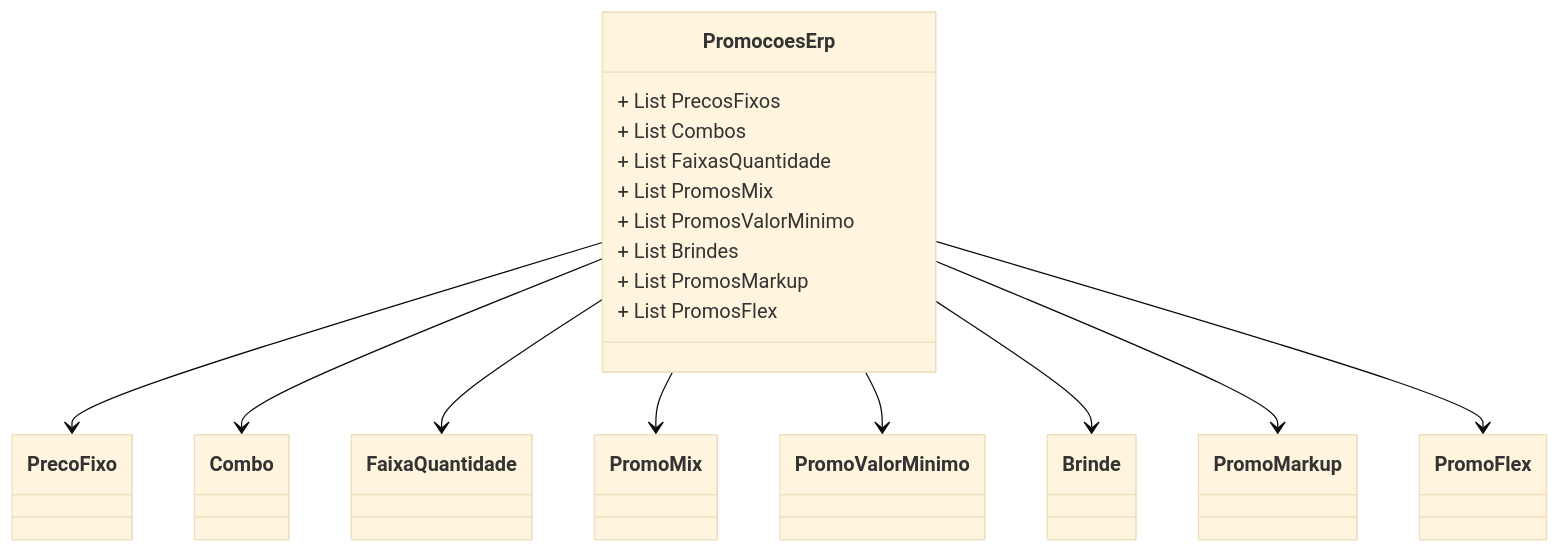
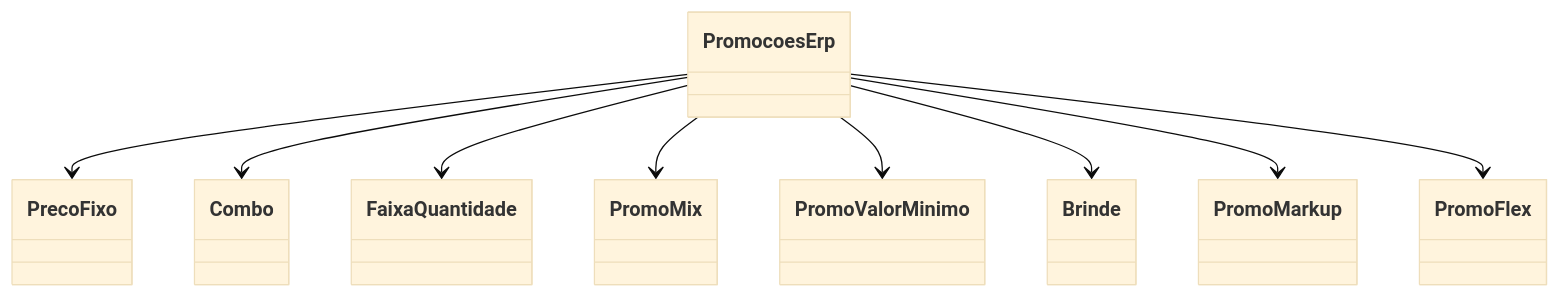
Before and after one commit to IsthmusSistemas/documentacao-tecnica: the diagram in docs/b2b-dominio/IsthmusWinthor.Nucleo/IsthmusWinthor.Dominio/POCO/Precos/PromocoesErp.md, drawn with Mermaid (base theme). The commit also changed other lines of this file and 882 other files, not shown here.

````diff
--- a/docs/b2b-dominio/IsthmusWinthor.Nucleo/IsthmusWinthor.Dominio/POCO/Precos/PromocoesErp.md
+++ b/docs/b2b-dominio/IsthmusWinthor.Nucleo/IsthmusWinthor.Dominio/POCO/Precos/PromocoesErp.md
@@ -40,21 +28,30 @@
 ```mermaid
 classDiagram
     class PromocoesErp {
-        + List<PrecoFixo> PrecosFixos
-        + List<Combo> Combos
-        + List<FaixaQuantidade> FaixasQuantidade
-        + List<PromoMix> PromosMix
-        + List<PromoValorMinimo> PromosValorMinimo
-        + List<Brinde> Brindes
-        + List<PromoMarkup> PromosMarkup
-        + List<PromoFlex> PromosFlex
     }
+    class PrecoFixo {
+    }
+    class Combo {
+    }
+    class FaixaQuantidade {
+    }
+    class PromoMix {
+    }
+    class PromoValorMinimo {
+    }
+    class Brinde {
+    }
+    class PromoMarkup {
+    }
+    class PromoFlex {
+    }
+
     PromocoesErp --> PrecoFixo
     PromocoesErp --> Combo
     PromocoesErp --> FaixaQuantidade
     PromocoesErp --> PromoMix
     PromocoesErp --> PromoValorMinimo
     PromocoesErp --> Brinde
     PromocoesErp --> PromoMarkup
     PromocoesErp --> PromoFlex
 ```
````
